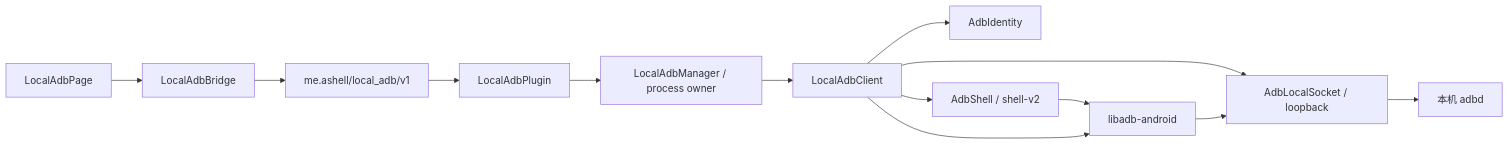
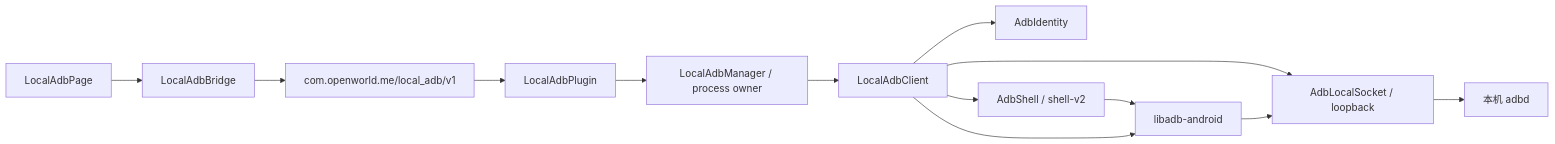
Before and after one commit to adb-shell/A-Shell-You: the diagram in docs/AI_ENGINEERING/12_LOCAL_ADB.md, drawn with Mermaid. The commit also changed other lines of this file and 300 other files, not shown here.

````diff
--- a/docs/AI_ENGINEERING/12_LOCAL_ADB.md
+++ b/docs/AI_ENGINEERING/12_LOCAL_ADB.md
@@ -23,15 +25,15 @@
 ```mermaid
 flowchart LR
     Page[LocalAdbPage] --> Bridge[LocalAdbBridge]
-    Bridge --> Channel[me.ashell/local_adb/v1]
+    Bridge --> Channel[com.openworld.me/local_adb/v1]
     Channel --> Plugin[LocalAdbPlugin]
     Plugin --> Manager[LocalAdbManager / process owner]
     Manager --> Client[LocalAdbClient]
     Client --> Identity[AdbIdentity]
     Client --> Shell[AdbShell / shell-v2]
     Client --> Transport[AdbLocalSocket / loopback]
     Shell --> Lib[libadb-android]
     Client --> Lib
     Lib --> Transport
     Transport --> Daemon[本机 adbd]
 ```
````
